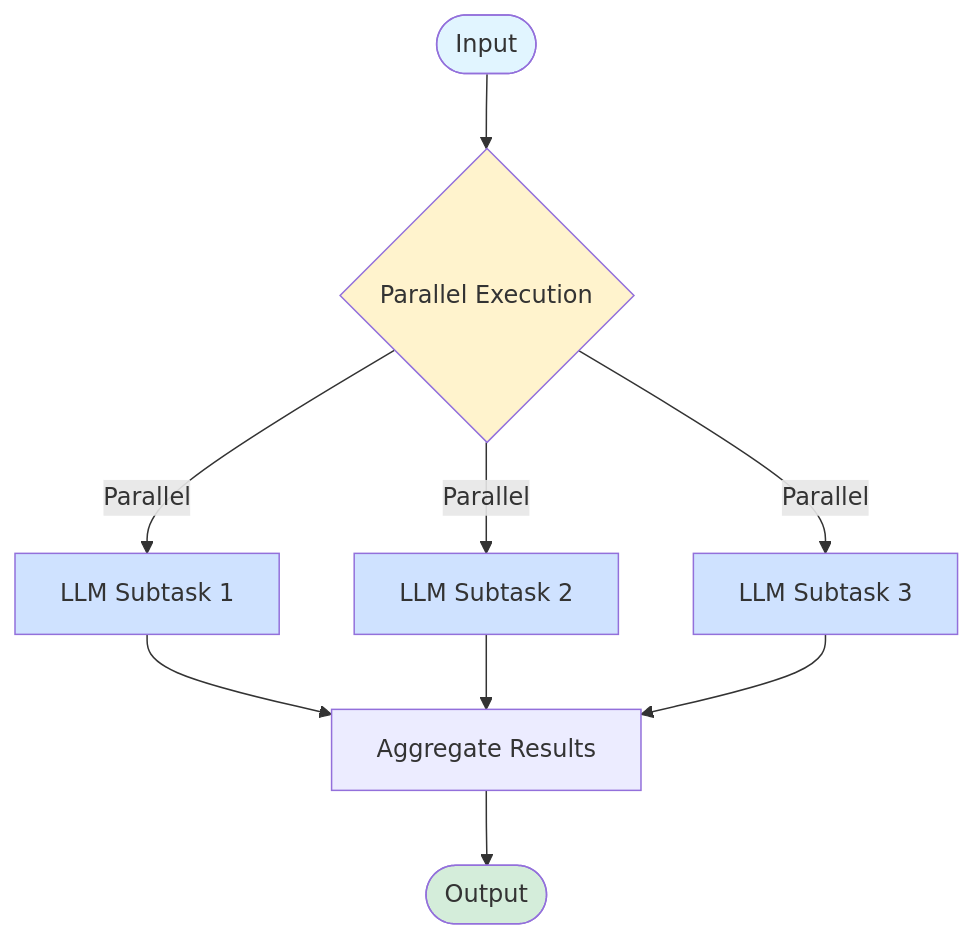
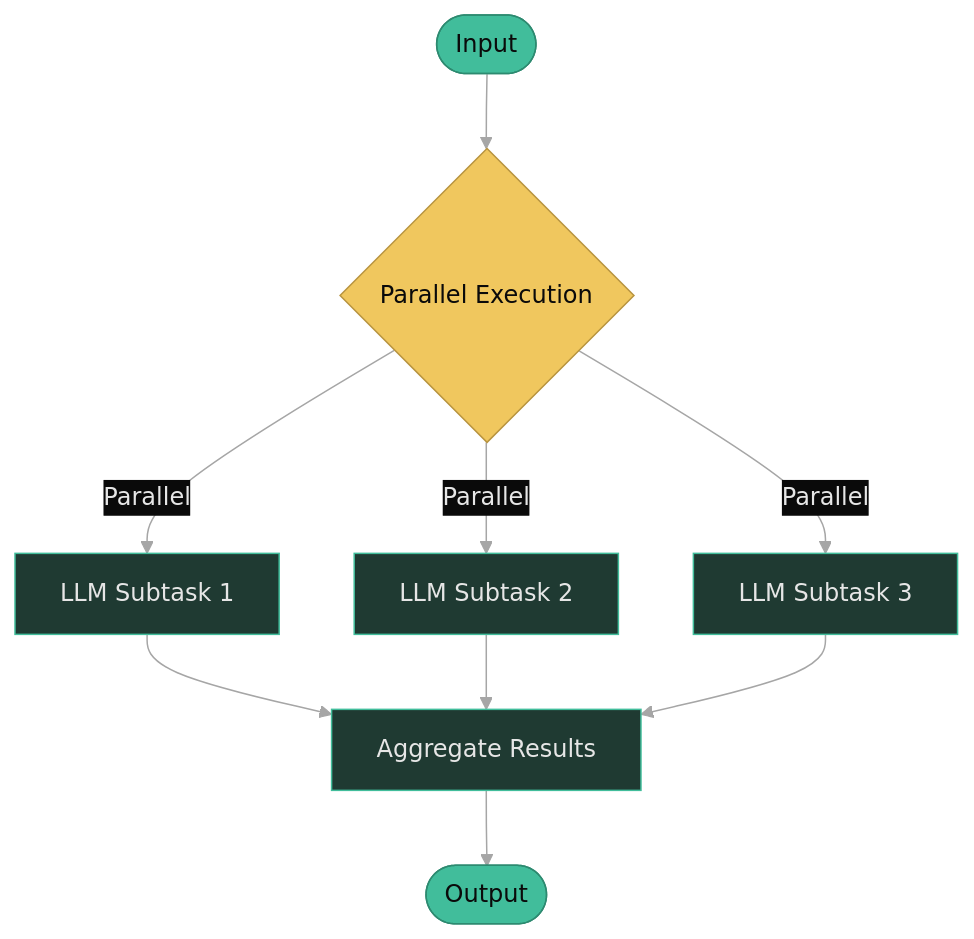
One commit to diagrid-labs/dapr-reliable-agentic-systems changed the diagram in .demo/slides/09-parallelization/09-02-diagrams.md. Above: the diagram before and after it, drawn with Mermaid. The commit also changed 55 other files, not shown here.

````diff
--- a/.demo/slides/09-parallelization/09-02-diagrams.md
+++ b/.demo/slides/09-parallelization/09-02-diagrams.md
@@ -3,18 +3,19 @@
 ```mermaid
+%%{init: {"theme":"base","themeVariables":{"background":"#0a0a0a","primaryColor":"#1f3a32","primaryTextColor":"#e6e6e6","primaryBorderColor":"#41BD9B","lineColor":"#A6A6A6","secondaryColor":"#111315","tertiaryColor":"#111315","clusterBkg":"#111315","clusterBorder":"#41BD9B","titleColor":"#F0C75E","edgeLabelBackground":"#0a0a0a","noteBkgColor":"#111315","noteTextColor":"#e6e6e6","noteBorderColor":"#41BD9B","actorBkg":"#1f3a32","actorBorder":"#41BD9B","actorTextColor":"#e6e6e6","actorLineColor":"#A6A6A6","signalColor":"#A6A6A6","signalTextColor":"#e6e6e6","labelBoxBkgColor":"#0a0a0a","labelBoxBorderColor":"#41BD9B","labelTextColor":"#e6e6e6","loopTextColor":"#e6e6e6","altSectionBkgColor":"#111315","sectionBkgColor":"#111315","fontFamily":"Geist,sans-serif"}}}%%
 graph TD
     Start([Input]) --> Parallel{Parallel Execution}
     Parallel -->|Parallel| A1[LLM Subtask 1]
     Parallel -->|Parallel| A2[LLM Subtask 2]
     Parallel -->|Parallel| A3[LLM Subtask 3]
     A1 --> Gather[Aggregate Results]
     A2 --> Gather
     A3 --> Gather
     Gather --> End([Output])
     
-    style Start fill:#e1f5ff
-    style Parallel fill:#fff3cd
-    style A1 fill:#cfe2ff
-    style A2 fill:#cfe2ff
-    style A3 fill:#cfe2ff
-    style End fill:#d4edda
+    style Start fill:#41BD9B,stroke:#2d8a70,color:#0a0a0a
+    style Parallel fill:#F0C75E,stroke:#b8943f,color:#0a0a0a
+    style A1 fill:#1f3a32,stroke:#41BD9B,color:#e6e6e6
+    style A2 fill:#1f3a32,stroke:#41BD9B,color:#e6e6e6
+    style A3 fill:#1f3a32,stroke:#41BD9B,color:#e6e6e6
+    style End fill:#41BD9B,stroke:#2d8a70,color:#0a0a0a
 ```
````
